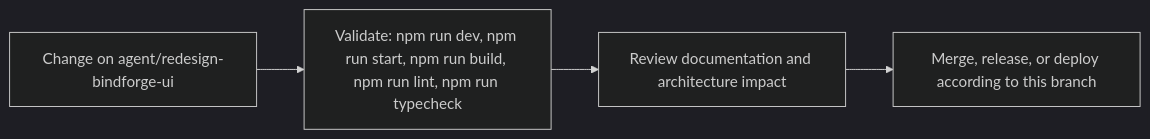
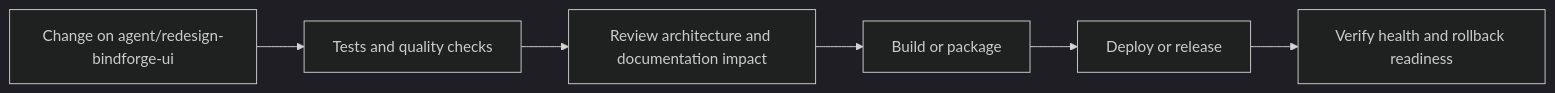
Before and after one commit to Nischhalsubba/BindForge-NW: the fourth of 5 diagrams in README.md, drawn with Mermaid (dark theme). The commit also changed other lines of this file, not shown here.

````diff
--- a/README.md
+++ b/README.md
@@ -70,8 +150,8 @@
 ```mermaid
 flowchart LR
-    CHANGE["Change on agent/redesign-bindforge-ui"]
-    CHECK["Validate: npm run dev, npm run start, npm run build, npm run lint, npm run typecheck"]
-    REVIEW["Review documentation and architecture impact"]
-    RELEASE["Merge, release, or deploy according to this branch"]
-    CHANGE --> CHECK --> REVIEW --> RELEASE
+    CHANGE["Change on agent/redesign-bindforge-ui"] --> CHECK["Tests and quality checks"]
+    CHECK --> REVIEW["Review architecture and documentation impact"]
+    REVIEW --> BUILD["Build or package"]
+    BUILD --> DEPLOY["Deploy or release"]
+    DEPLOY --> VERIFY["Verify health and rollback readiness"]
 ```
````
